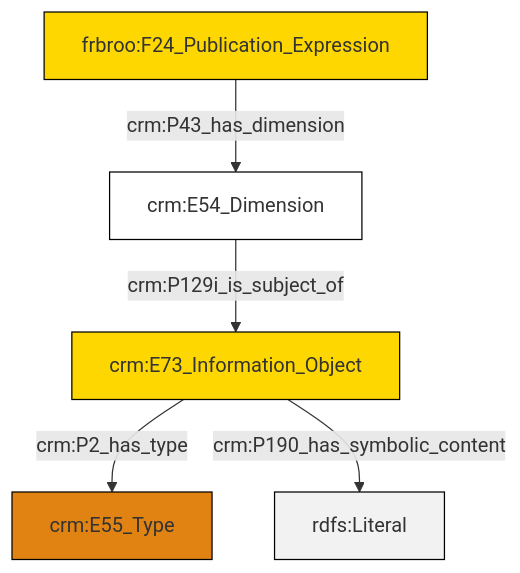
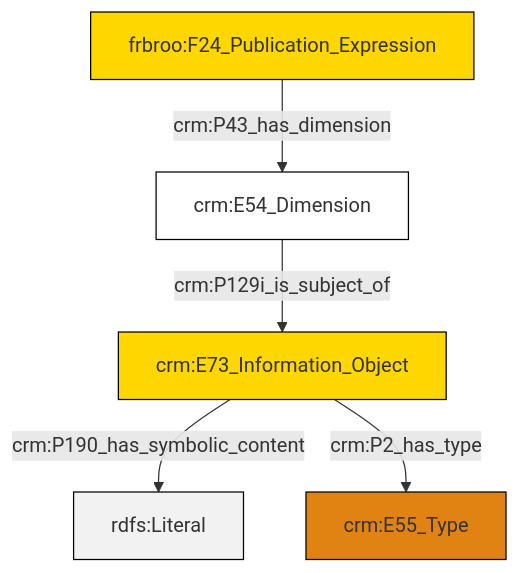
Before and after one commit to swiss-art-research-net/docs.swissartresearch: the diagram in et/biblioCSV/ttl/mmd/biblio_substance.ttl.mmd, drawn with Mermaid. The commit also changed 179 other files, not shown here.

```diff
--- a/et/biblioCSV/ttl/mmd/biblio_substance.ttl.mmd
+++ b/et/biblioCSV/ttl/mmd/biblio_substance.ttl.mmd
@@ -1,19 +1,19 @@
 graph TD
 classDef Literal fill:#f2f2f2,stroke:#000000;
 classDef CRM_Entity fill:#FFFFFF,stroke:#000000;
 classDef Temporal_Entity fill:#00C9E6, stroke:#000000;
 classDef Type fill:#E18312, stroke:#000000;
 classDef Time-Span fill:#2C9C91, stroke:#000000;
 classDef Appellation fill:#FFEB7F, stroke:#000000;
 classDef Place fill:#008836, stroke:#000000;
 classDef Persistent_Item fill:#B266B2, stroke:#000000;
 classDef Conceptual_Object fill:#FFD700, stroke:#000000;
 classDef Physical_Thing fill:#D2B48C, stroke:#000000;
 classDef Actor fill:#f58aad, stroke:#000000;
 classDef PC_Classes fill:#4ce600, stroke:#000000;
 classDef Multi fill:#cccccc,stroke:#000000;
 
-0["frbroo:F24_Publication_Expression"]:::Conceptual_Object -->|crm:P43_has_dimension| 1["crm:E54_Dimension"]:::CRM_Entity
-1["crm:E54_Dimension"]:::CRM_Entity -->|crm:P129i_is_subject_of| 2["crm:E73_Information_Object"]:::Conceptual_Object
-2["crm:E73_Information_Object"]:::Conceptual_Object -->|crm:P2_has_type| 3["crm:E55_Type"]:::Type
-2["crm:E73_Information_Object"]:::Conceptual_Object -->|crm:P190_has_symbolic_content| 8[rdfs:Literal]:::Literal
+0["frbroo:F24_Publication_Expression"]:::Conceptual_Object -->|crm:P43_has_dimension| 2["crm:E54_Dimension"]:::CRM_Entity
+2["crm:E54_Dimension"]:::CRM_Entity -->|crm:P129i_is_subject_of| 3["crm:E73_Information_Object"]:::Conceptual_Object
+3["crm:E73_Information_Object"]:::Conceptual_Object -->|crm:P190_has_symbolic_content| 4[rdfs:Literal]:::Literal
+3["crm:E73_Information_Object"]:::Conceptual_Object -->|crm:P2_has_type| 6["crm:E55_Type"]:::Type
```
